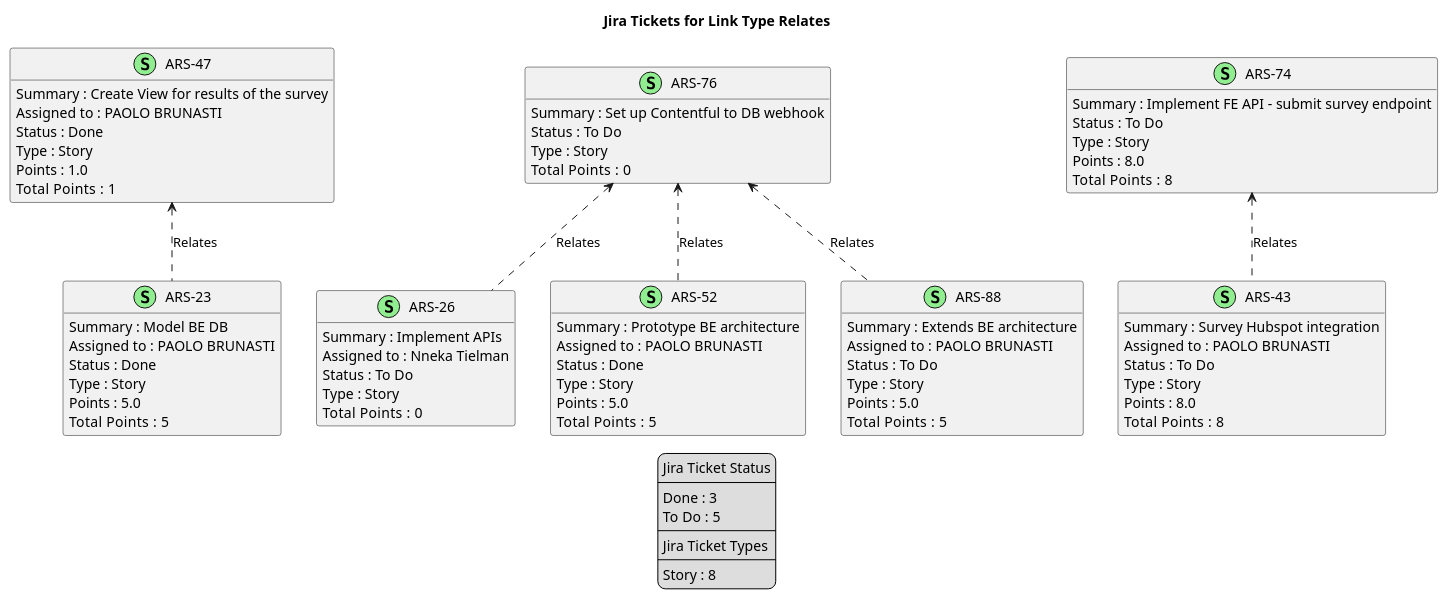
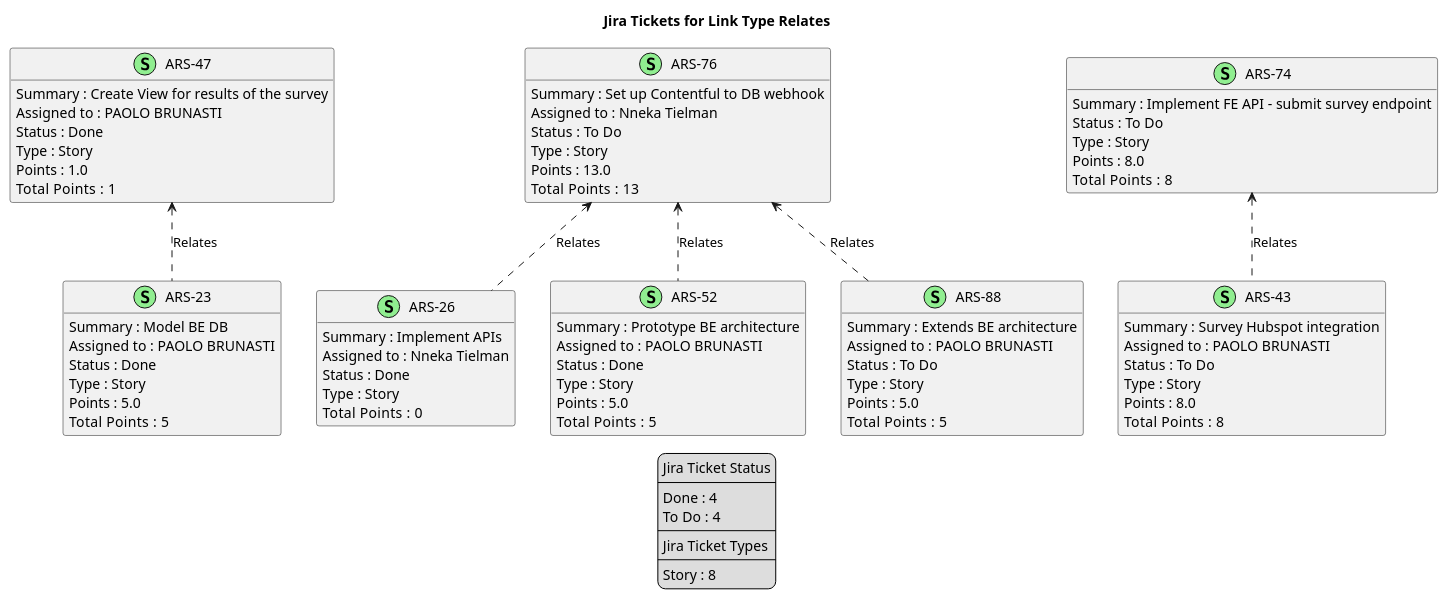
The diagram in docs/nexus/jira-LinkType-Relates.puml (brunasti/jiraplotter), drawn with PlantUML before and after one commit. The commit also changed 23 other files, not shown here.

Commit message:
Regenerates Nexus diagrams

```diff
--- a/docs/nexus/jira-LinkType-Relates.puml
+++ b/docs/nexus/jira-LinkType-Relates.puml
@@ -1,106 +1,108 @@
 @startuml
 'https://plantuml.com/class-diagram
 
 ' GENERATE CLASS DIAGRAM ===========
-' Generated at    : Thu May 23 13:36:26 CEST 2024
+' Generated at    : Mon May 27 11:35:03 CEST 2024
 
 title Jira Tickets for Link Type Relates
 hide empty members
 
 legend
 Jira Ticket Status
 ----
-Done : 3
-To Do : 5
+Done : 4
+To Do : 4
 ----
 Jira Ticket Types
 ----
 Story : 8
 end legend
 
 
 ' Tickets =======
 class "ARS-23" << (S,lightgreen) >> {
  Summary : Model BE DB
  Assigned to : PAOLO BRUNASTI
  Status : Done
  Type : Story
  Points : 5.0
 Total  Points : 5
 }
 
 class "ARS-47" << (S,lightgreen) >> {
  Summary : Create View for results of the survey
  Assigned to : PAOLO BRUNASTI
  Status : Done
  Type : Story
  Points : 1.0
 Total  Points : 1
 }
 
 class "ARS-26" << (S,lightgreen) >> {
  Summary : Implement APIs
  Assigned to : Nneka Tielman
- Status : To Do
+ Status : Done
  Type : Story
 Total  Points : 0
 }
 
 class "ARS-74" << (S,lightgreen) >> {
  Summary : Implement FE API - submit survey endpoint
  Status : To Do
  Type : Story
  Points : 8.0
 Total  Points : 8
 }
 
 class "ARS-52" << (S,lightgreen) >> {
  Summary : Prototype BE architecture
  Assigned to : PAOLO BRUNASTI
  Status : Done
  Type : Story
  Points : 5.0
 Total  Points : 5
 }
 
 class "ARS-43" << (S,lightgreen) >> {
  Summary : Survey Hubspot integration
  Assigned to : PAOLO BRUNASTI
  Status : To Do
  Type : Story
  Points : 8.0
 Total  Points : 8
 }
 
 class "ARS-76" << (S,lightgreen) >> {
  Summary : Set up Contentful to DB webhook
+ Assigned to : Nneka Tielman
  Status : To Do
  Type : Story
-Total  Points : 0
+ Points : 13.0
+Total  Points : 13
 }
 
 class "ARS-88" << (S,lightgreen) >> {
  Summary : Extends BE architecture
  Assigned to : PAOLO BRUNASTI
  Status : To Do
  Type : Story
  Points : 5.0
 Total  Points : 5
 }
 
 
 
 ' Links =======
 "ARS-47" <.. "ARS-23" : Relates
 
 "ARS-74" <.. "ARS-43" : Relates
 
 "ARS-76" <.. "ARS-26" : Relates
 
 "ARS-76" <.. "ARS-52" : Relates
 
 "ARS-76" <.. "ARS-88" : Relates
 
 
 
 @enduml
```
